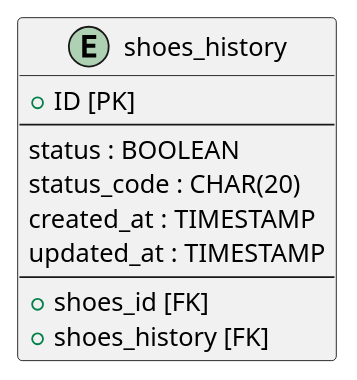
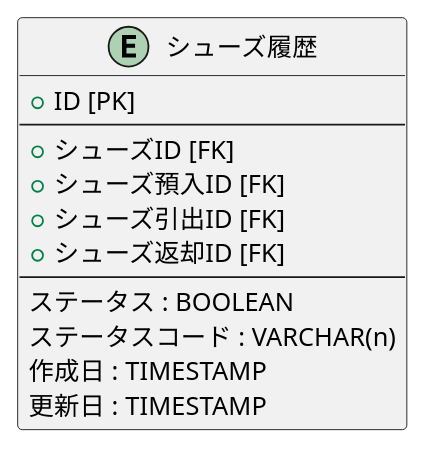
The diagram in db/shoes_history.pu (mybz-inc/sneaker), drawn with PlantUML before and after one commit. The commit also changed 17 other files, not shown here.

```diff
--- a/db/shoes_history.pu
+++ b/db/shoes_history.pu
@@ -1,13 +1,15 @@
-@startuml shoes_history
-entity shoes_history {
+@startuml シューズ履歴
+entity シューズ履歴 {
   + ID [PK]
   --
-  status : BOOLEAN
-  status_code : CHAR(20)
-  created_at : TIMESTAMP
-  updated_at : TIMESTAMP
+  + シューズID [FK]
+  + シューズ預入ID [FK]
+  + シューズ引出ID [FK]
+  + シューズ返却ID [FK]
   --
-  + shoes_id [FK]
-  + shoes_history [FK]
+  ステータス : BOOLEAN
+  ステータスコード : VARCHAR(n)
+  作成日 : TIMESTAMP
+  更新日 : TIMESTAMP
 }
 @enduml
```
